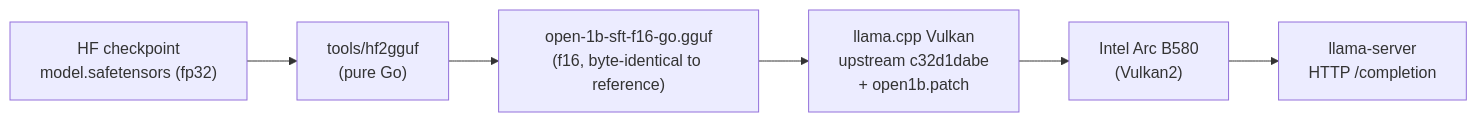
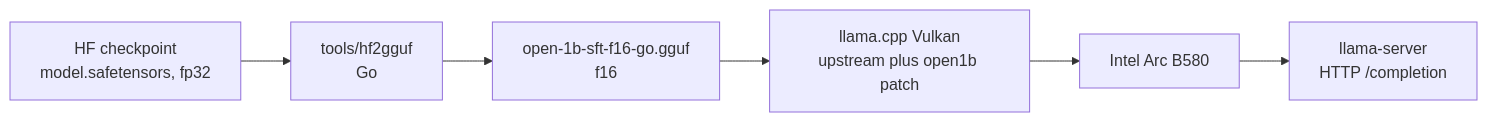
The diagram in docs/inference-stack.md (eSlider/open-1b-verify), drawn with Mermaid before and after one commit. The commit also changed other lines of this file and 10 other files, not shown here.

````diff
--- a/docs/inference-stack.md
+++ b/docs/inference-stack.md
@@ -71,8 +71,8 @@
 ```mermaid
 flowchart LR
-  HF["HF checkpoint\nmodel.safetensors (fp32)"] --> GO["tools/hf2gguf\n(pure Go)"]
-  GO --> GGUF["open-1b-sft-f16-go.gguf\n(f16, byte-identical to reference)"]
-  GGUF --> LC["llama.cpp Vulkan\nupstream c32d1dabe\n+ open1b.patch"]
-  LC --> GPU["Intel Arc B580\n(Vulkan2)"]
-  GPU --> API["llama-server\nHTTP /completion"]
+  HF["HF checkpoint<br/>model.safetensors, fp32"] --> GO["tools/hf2gguf<br/>Go"]
+  GO --> GGUF["open-1b-sft-f16-go.gguf<br/>f16"]
+  GGUF --> LC["llama.cpp Vulkan<br/>upstream plus open1b patch"]
+  LC --> GPU["Intel Arc B580"]
+  GPU --> API["llama-server<br/>HTTP /completion"]
 ```
````
